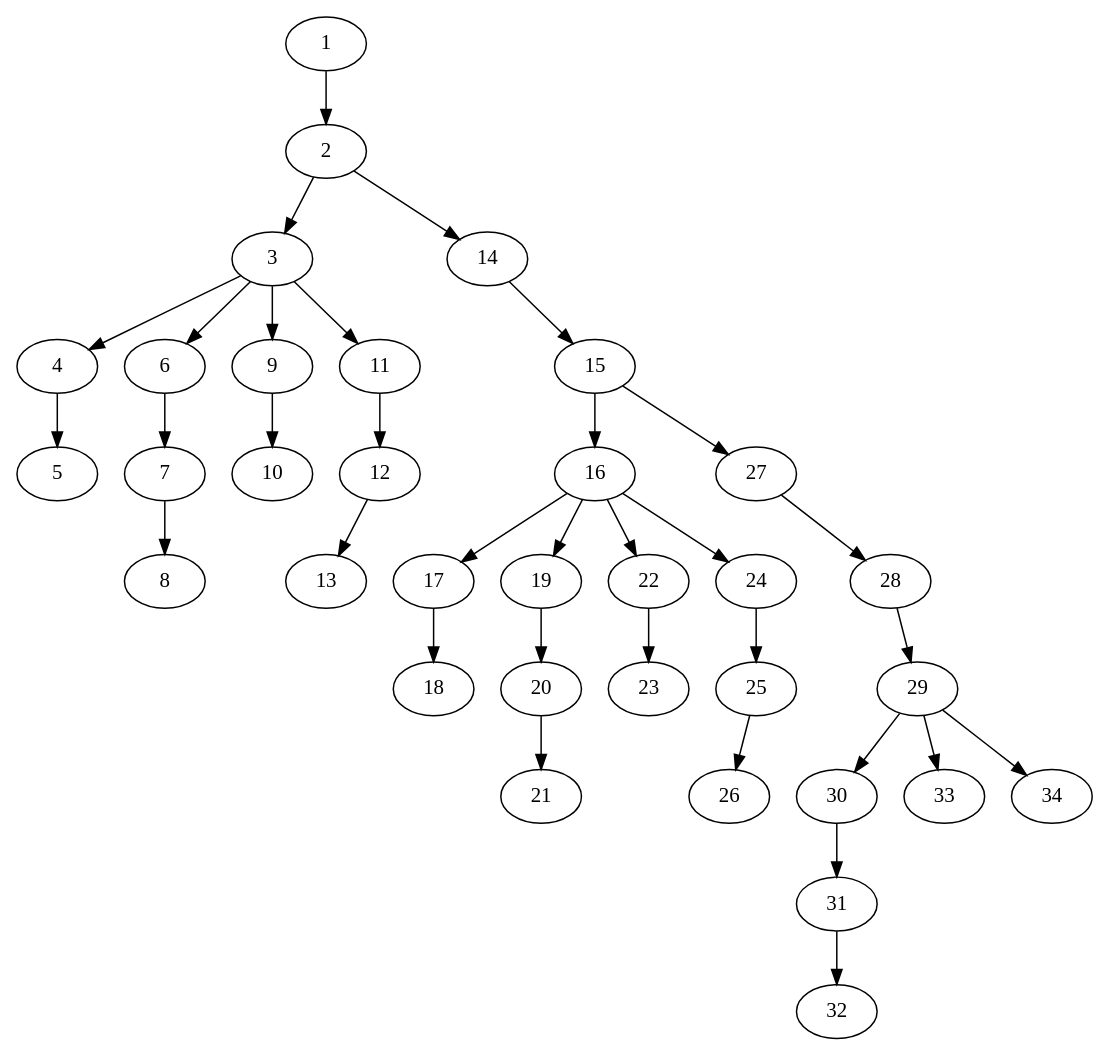
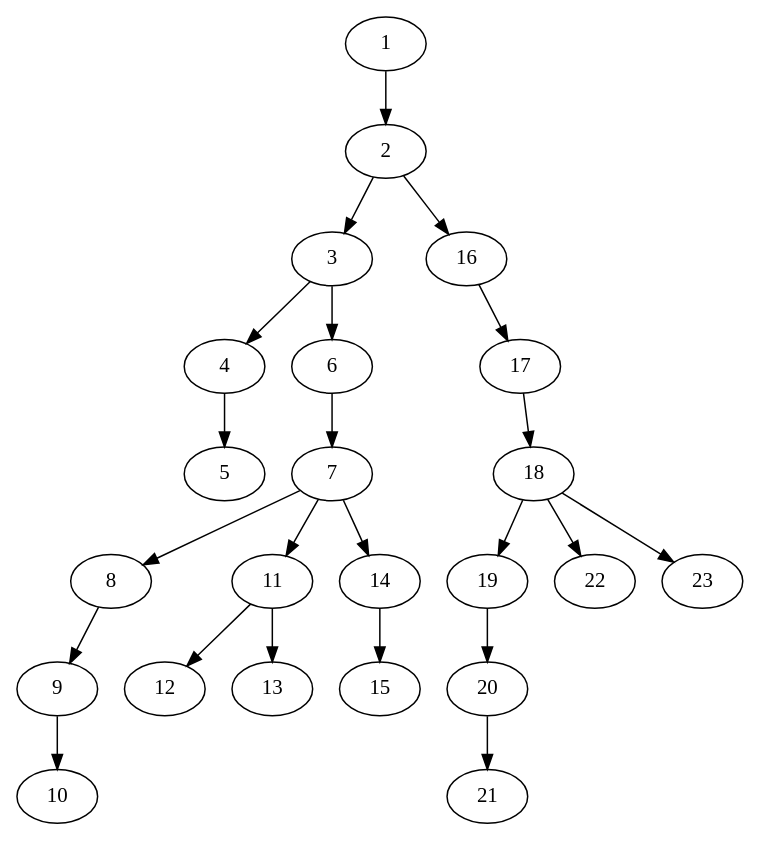
The diagram in caspian/src/ast_stuff.dot (Ajax12345/caspian-lang), drawn with Graphviz before and after one commit. The commit also changed 4 other files, not shown here.

```diff
--- a/caspian/src/ast_stuff.dot
+++ b/caspian/src/ast_stuff.dot
@@ -1,35 +1,24 @@
 strict digraph "" {
 	1 -> 2;
 	2 -> 3;
-	2 -> 14;
+	2 -> 16;
 	3 -> 4;
 	3 -> 6;
-	3 -> 9;
-	3 -> 11;
 	4 -> 5;
 	6 -> 7;
 	7 -> 8;
+	7 -> 11;
+	7 -> 14;
+	8 -> 9;
 	9 -> 10;
 	11 -> 12;
-	12 -> 13;
+	11 -> 13;
 	14 -> 15;
-	15 -> 16;
-	15 -> 27;
 	16 -> 17;
-	16 -> 19;
-	16 -> 22;
-	16 -> 24;
 	17 -> 18;
+	18 -> 19;
+	18 -> 22;
+	18 -> 23;
 	19 -> 20;
 	20 -> 21;
-	22 -> 23;
-	24 -> 25;
-	25 -> 26;
-	27 -> 28;
-	28 -> 29;
-	29 -> 30;
-	29 -> 33;
-	29 -> 34;
-	30 -> 31;
-	31 -> 32;
 }
```
